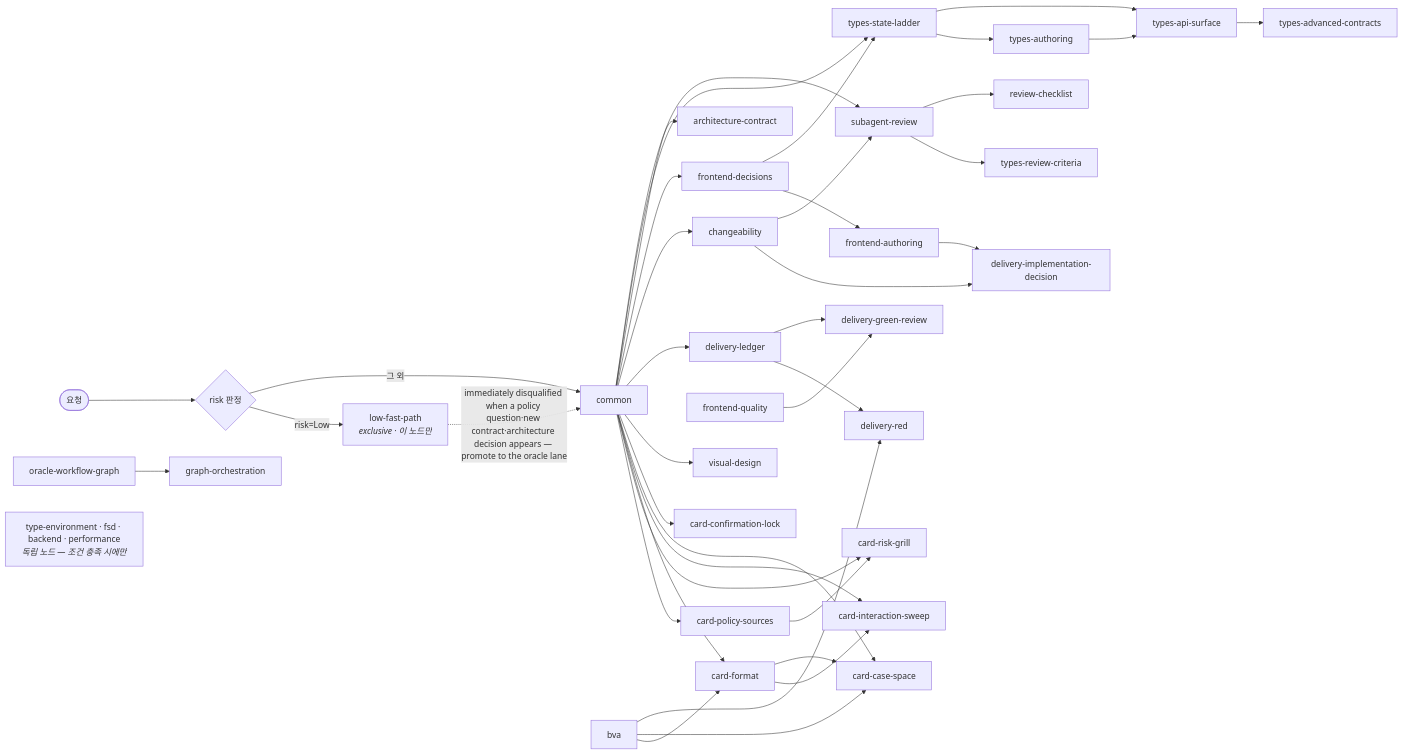
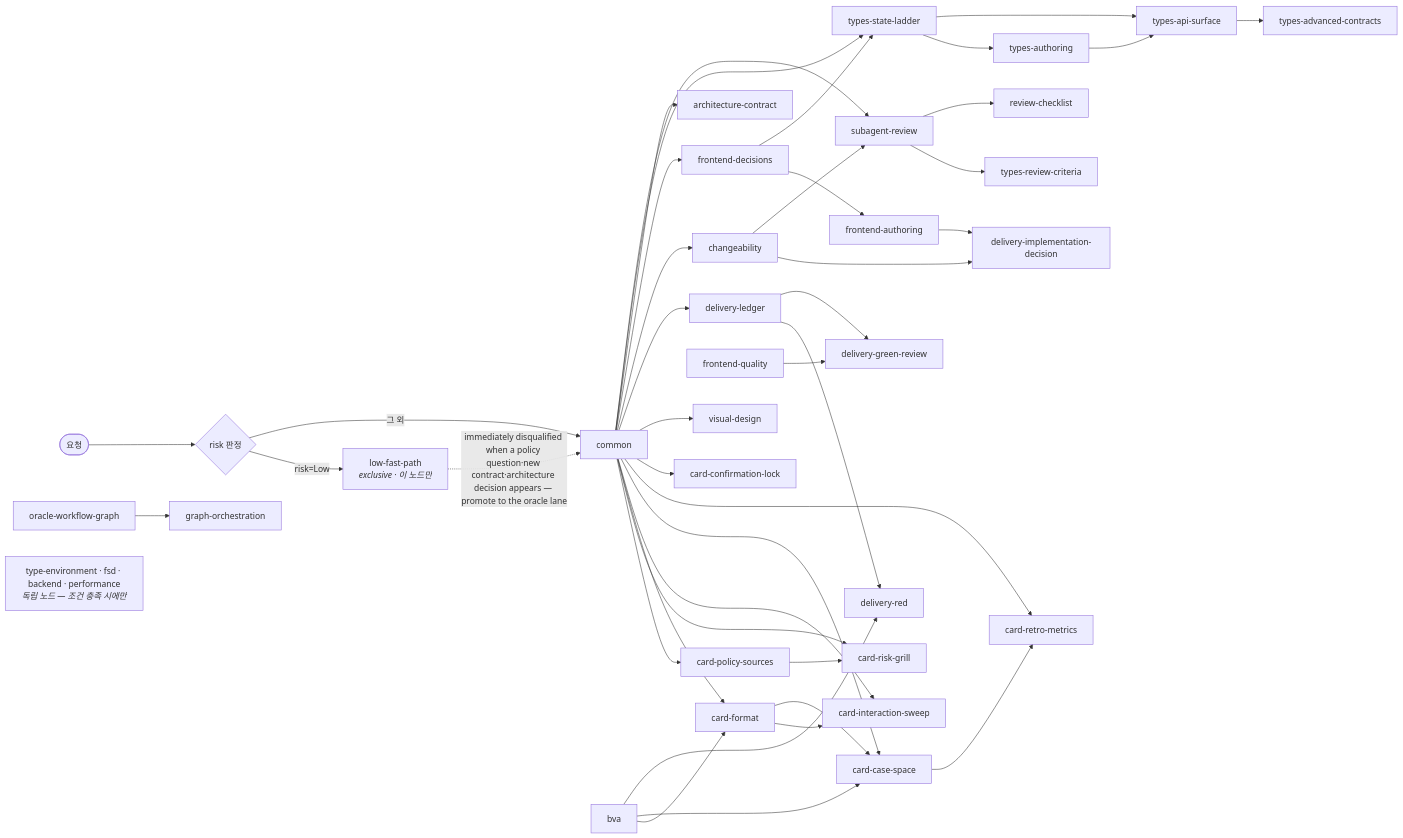
The second of 2 diagrams in packages/frontend-oracle-design/skills/README.md (lodado/shareds), drawn with Mermaid before and after one commit. The commit also changed 21 other files, not shown here.

````diff
--- a/packages/frontend-oracle-design/skills/README.md
+++ b/packages/frontend-oracle-design/skills/README.md
@@ -102,68 +102,71 @@
 ```mermaid
 flowchart LR
   START(["요청"]) --> RISK{"risk 판정"}
   RISK -->|"risk=Low"| low_fast_path["low-fast-path<br/><i>exclusive · 이 노드만</i>"]
   low_fast_path -.->|"immediately disqualified when a policy question·new contract·architecture decision appears — promote to the oracle lane"| common
   RISK -->|"그 외"| common["common"]
 
   card_policy_sources["card-policy-sources"]
   card_risk_grill["card-risk-grill"]
   card_format["card-format"]
   card_interaction_sweep["card-interaction-sweep"]
   card_case_space["card-case-space"]
+  card_retro_metrics["card-retro-metrics"]
   card_confirmation_lock["card-confirmation-lock"]
   visual_design["visual-design"]
   delivery_ledger["delivery-ledger"]
   delivery_red["delivery-red"]
   delivery_implementation_decision["delivery-implementation-decision"]
   delivery_green_review["delivery-green-review"]
   frontend_decisions["frontend-decisions"]
   frontend_authoring["frontend-authoring"]
   frontend_quality["frontend-quality"]
   architecture_contract["architecture-contract"]
   types_state_ladder["types-state-ladder"]
   types_authoring["types-authoring"]
   types_api_surface["types-api-surface"]
   types_advanced_contracts["types-advanced-contracts"]
   types_review_criteria["types-review-criteria"]
   subagent_review["subagent-review"]
   review_checklist["review-checklist"]
   graph_orchestration["graph-orchestration"]
   oracle_workflow_graph["oracle-workflow-graph"]
 
   common --> card_policy_sources
   common --> card_risk_grill
   card_policy_sources --> card_risk_grill
   common --> card_format
   bva --> card_format
   common --> card_interaction_sweep
   card_format --> card_interaction_sweep
   common --> card_case_space
   bva --> card_case_space
   card_format --> card_case_space
+  common --> card_retro_metrics
+  card_case_space --> card_retro_metrics
   common --> card_confirmation_lock
   common --> visual_design
   common --> delivery_ledger
   delivery_ledger --> delivery_red
   bva --> delivery_red
   changeability --> delivery_implementation_decision
   frontend_authoring --> delivery_implementation_decision
   delivery_ledger --> delivery_green_review
   frontend_quality --> delivery_green_review
   common --> changeability
   common --> frontend_decisions
   frontend_decisions --> frontend_authoring
   common --> architecture_contract
   common --> types_state_ladder
   frontend_decisions --> types_state_ladder
   types_state_ladder --> types_authoring
   types_state_ladder --> types_api_surface
   types_authoring --> types_api_surface
   types_api_surface --> types_advanced_contracts
   subagent_review --> types_review_criteria
   common --> subagent_review
   changeability --> subagent_review
   subagent_review --> review_checklist
   oracle_workflow_graph --> graph_orchestration
   IND["type-environment · fsd · backend · performance<br/><i>독립 노드 — 조건 충족 시에만</i>"]
 ```
````
